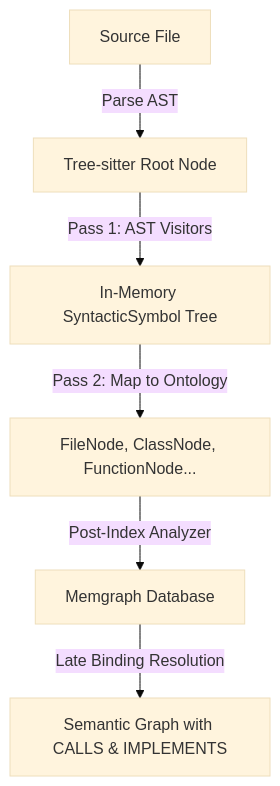
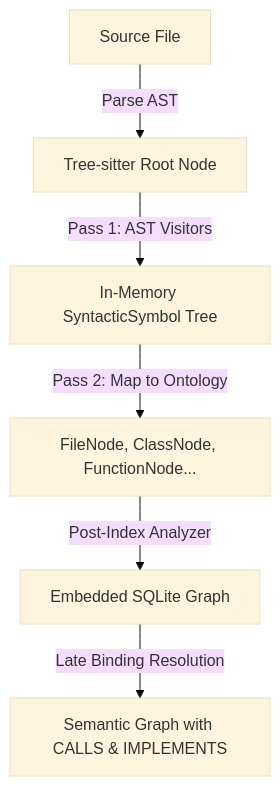
Before and after one commit to vmikhailov/code-explorer: the diagram in README.md, drawn with Mermaid (base theme). The commit also changed other lines of this file and 21 other files, not shown here.

Commit message:
memgraph -> sqlite

````diff
--- a/README.md
+++ b/README.md
@@ -73,8 +73,8 @@
 ```mermaid
 graph TD
     A[Source File] -->|Parse AST| B[Tree-sitter Root Node]
     B -->|Pass 1: AST Visitors| C[In-Memory SyntacticSymbol Tree]
     C -->|Pass 2: Map to Ontology| D[FileNode, ClassNode, FunctionNode...]
-    D -->|Post-Index Analyzer| E[Memgraph Database]
+    D -->|Post-Index Analyzer| E[Embedded SQLite Graph]
     E -->|Late Binding Resolution| F[Semantic Graph with CALLS & IMPLEMENTS]
 ```
````
